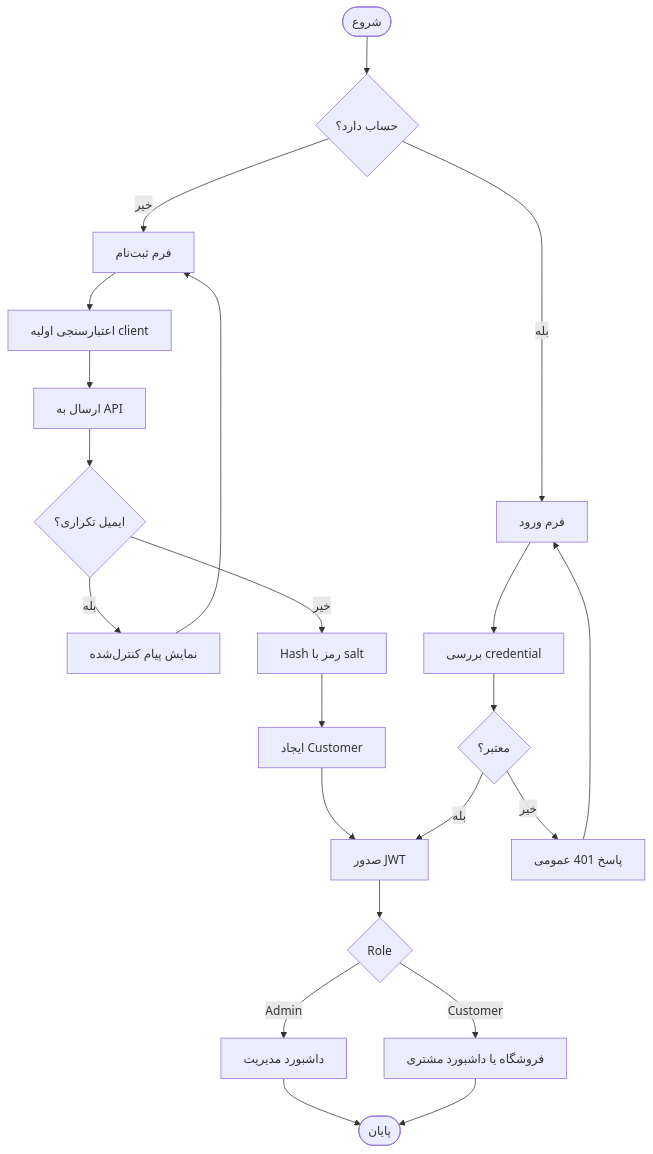
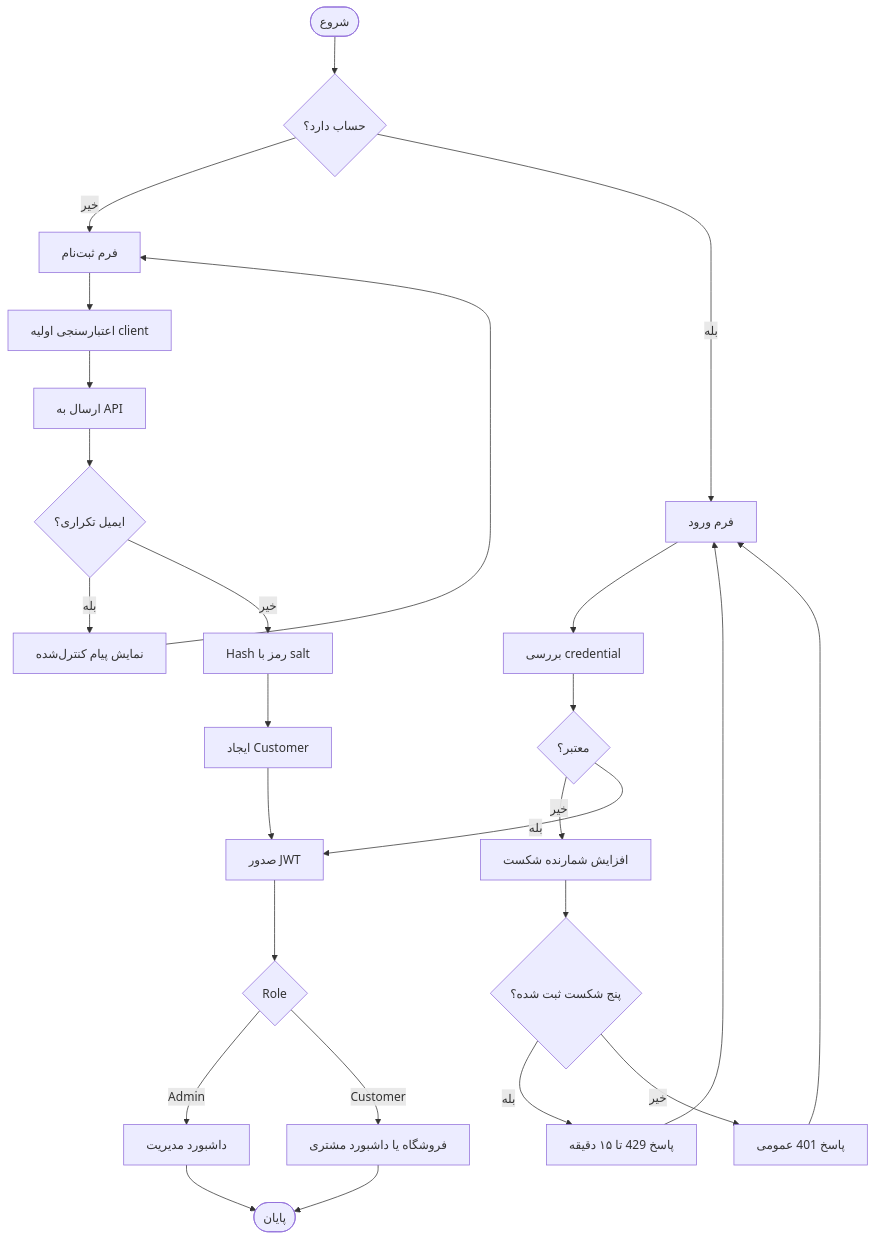
Before and after one commit to mohamadkheiry/mobinsilver: the second of 9 diagrams in docs/diagrams/activity-diagrams.md, drawn with Mermaid. The commit also changed other lines of this file and 43 other files, not shown here.

````diff
--- a/docs/diagrams/activity-diagrams.md
+++ b/docs/diagrams/activity-diagrams.md
@@ -35,24 +35,28 @@
 ```mermaid
 flowchart TD
     A([شروع]) --> B{حساب دارد؟}
     B -- خیر --> C[فرم ثبت‌نام]
     C --> D[اعتبارسنجی اولیه client]
     D --> E[ارسال به API]
     E --> F{ایمیل تکراری؟}
     F -- بله --> G[نمایش پیام کنترل‌شده]
     G --> C
     F -- خیر --> H[Hash رمز با salt]
     H --> I[ایجاد Customer]
     I --> J[صدور JWT]
     B -- بله --> K[فرم ورود]
     K --> L[بررسی credential]
     L --> M{معتبر؟}
-    M -- خیر --> N[پاسخ 401 عمومی]
-    N --> K
+    M -- خیر --> N[افزایش شمارنده شکست]
+    N --> T{پنج شکست ثبت شده؟}
+    T -- بله --> U[پاسخ 429 تا ۱۵ دقیقه]
+    T -- خیر --> V[پاسخ 401 عمومی]
+    U --> K
+    V --> K
     M -- بله --> J
     J --> O{Role}
     O -- Admin --> P[داشبورد مدیریت]
     O -- Customer --> Q[فروشگاه یا داشبورد مشتری]
     P --> R([پایان])
     Q --> R
 ```
````
